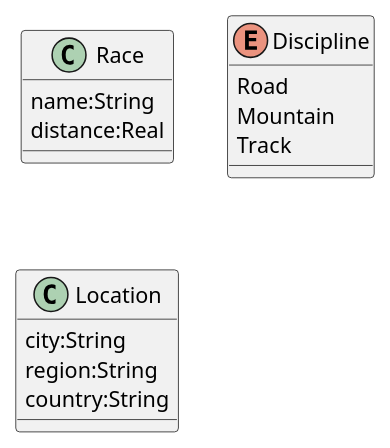
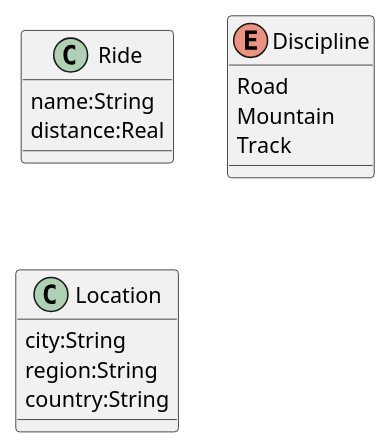
The diagram in docs/design/domain.pu (fhdiaze/wero), drawn with PlantUML before and after one commit. The commit also changed 17 other files, not shown here.

Commit message:
refactor: rename race as ride

```diff
--- a/docs/design/domain.pu
+++ b/docs/design/domain.pu
@@ -1,16 +1,16 @@
 @startuml domain
-class Race {
+class Ride {
     name:String
     distance:Real
 }
 enum Discipline {
     Road
     Mountain
     Track
 }
 class Location {
     city:String
     region:String
     country:String
 }
 @enduml
```
